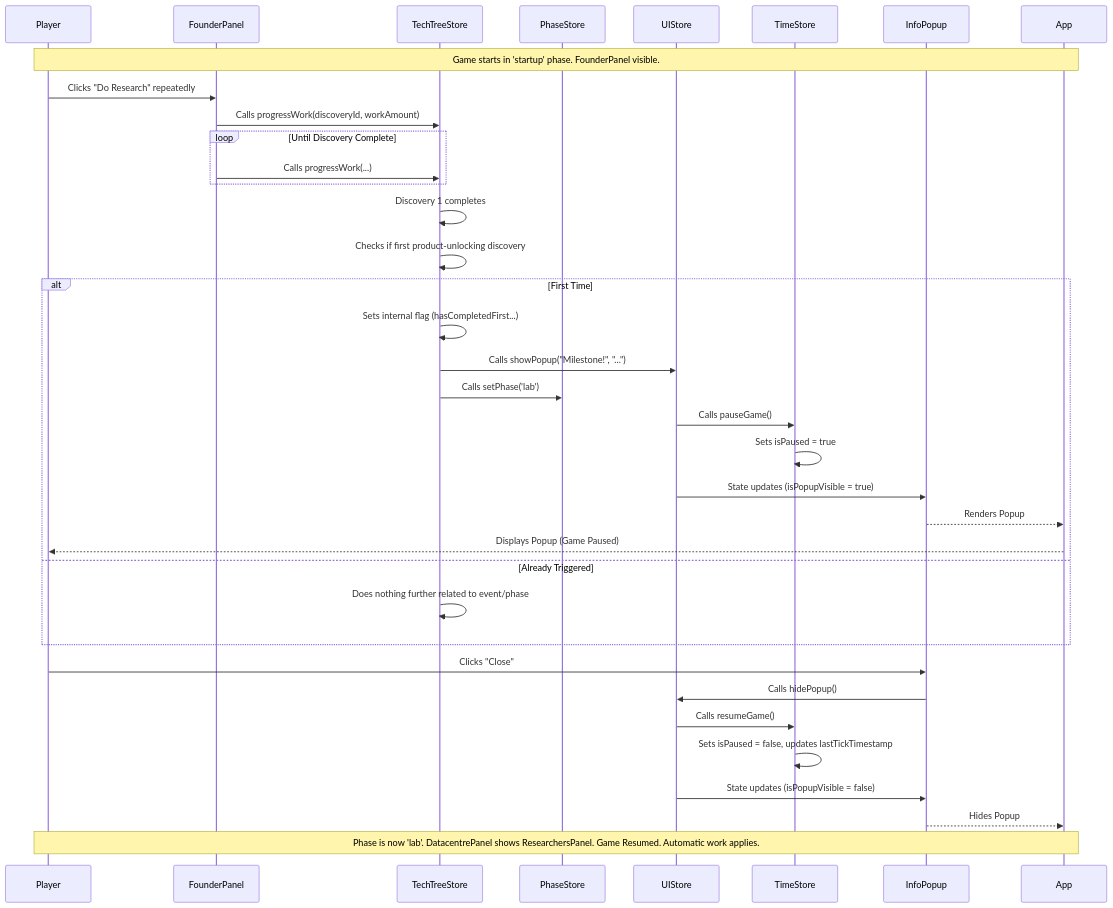
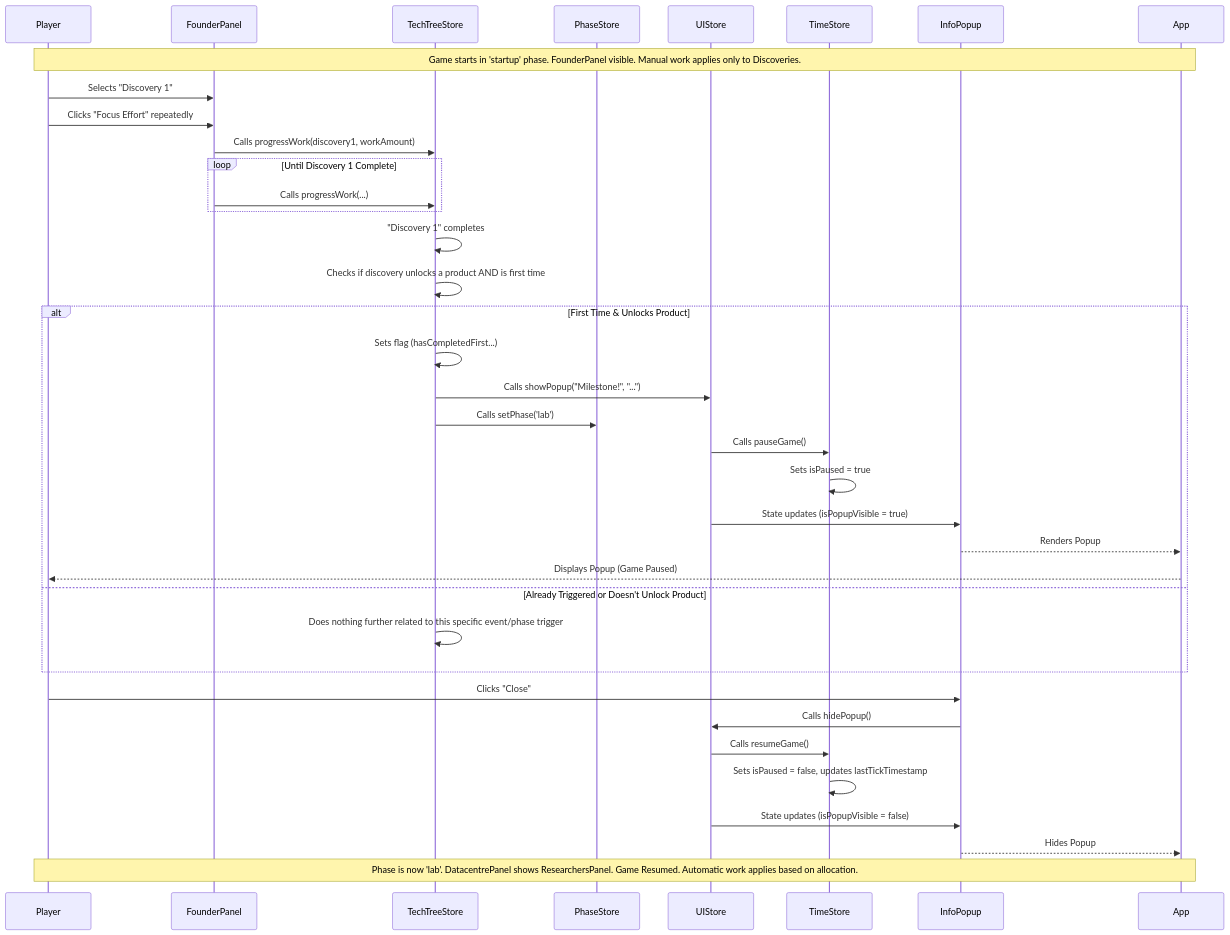
The diagram in event_system_docs.md (maxeonyx/march-of-mind), drawn with Mermaid before and after one commit. The commit also changed other lines of this file and 1 other file, not shown here.

Commit message:
feat: Enhance FounderPanel and DatacentrePanel with phase-specific layout and manual work mechanics

````diff
--- a/event_system_docs.md
+++ b/event_system_docs.md
@@ -53,40 +55,41 @@
 ```mermaid
 sequenceDiagram
     participant Player
     participant FounderPanel
     participant TechTreeStore
     participant PhaseStore
     participant UIStore
     participant TimeStore
     participant InfoPopup
     participant App
 
-    Note over Player, App: Game starts in 'startup' phase. FounderPanel visible.
-    Player->>FounderPanel: Clicks "Do Research" repeatedly
-    FounderPanel->>TechTreeStore: Calls progressWork(discoveryId, workAmount)
-    loop Until Discovery Complete
+    Note over Player, App: Game starts in 'startup' phase. FounderPanel visible. Manual work applies only to Discoveries.
+    Player->>FounderPanel: Selects "Discovery 1"
+    Player->>FounderPanel: Clicks "Focus Effort" repeatedly
+    FounderPanel->>TechTreeStore: Calls progressWork(discovery1, workAmount)
+    loop Until Discovery 1 Complete
         FounderPanel->>TechTreeStore: Calls progressWork(...)
     end
-    TechTreeStore->>TechTreeStore: Discovery 1 completes
-    TechTreeStore->>TechTreeStore: Checks if first product-unlocking discovery
-    alt First Time
-        TechTreeStore->>TechTreeStore: Sets internal flag (hasCompletedFirst...)
+    TechTreeStore->>TechTreeStore: "Discovery 1" completes
+    TechTreeStore->>TechTreeStore: Checks if discovery unlocks a product AND is first time
+    alt First Time & Unlocks Product
+        TechTreeStore->>TechTreeStore: Sets flag (hasCompletedFirst...)
         TechTreeStore->>UIStore: Calls showPopup("Milestone!", "...")
         TechTreeStore->>PhaseStore: Calls setPhase('lab')
         UIStore->>TimeStore: Calls pauseGame()
         TimeStore->>TimeStore: Sets isPaused = true
         UIStore->>InfoPopup: State updates (isPopupVisible = true)
         InfoPopup-->>App: Renders Popup
         App-->>Player: Displays Popup (Game Paused)
-    else Already Triggered
-        TechTreeStore->>TechTreeStore: Does nothing further related to event/phase
+    else Already Triggered or Doesn't Unlock Product
+        TechTreeStore->>TechTreeStore: Does nothing further related to this specific event/phase trigger
     end
 
     Player->>InfoPopup: Clicks "Close"
     InfoPopup->>UIStore: Calls hidePopup()
     UIStore->>TimeStore: Calls resumeGame()
     TimeStore->>TimeStore: Sets isPaused = false, updates lastTickTimestamp
     UIStore->>InfoPopup: State updates (isPopupVisible = false)
     InfoPopup-->>App: Hides Popup
-    Note over App, Player: Phase is now 'lab'. DatacentrePanel shows ResearchersPanel. Game Resumed. Automatic work applies.
+    Note over App, Player: Phase is now 'lab'. DatacentrePanel shows ResearchersPanel. Game Resumed. Automatic work applies based on allocation.
 ```
````
